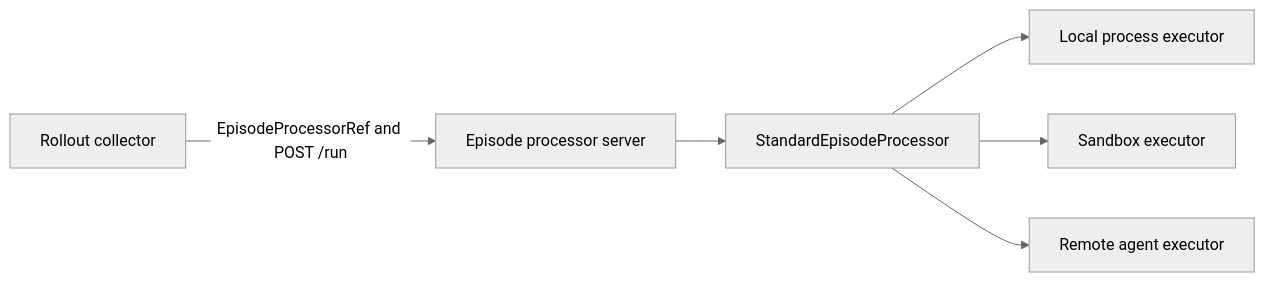
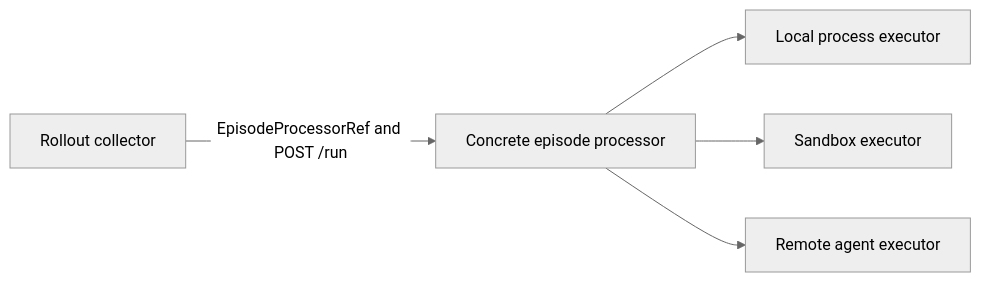
Before and after one commit to ananthsub/Gym: the fifth of 13 diagrams in investigations/episode-orchestration-design.md, drawn with Mermaid (neutral theme). The commit also changed other lines of this file and 3 other files, not shown here.

Commit message:
docs(investigations): rebuild episode architecture proposal

````diff
--- a/investigations/episode-orchestration-design.md
+++ b/investigations/episode-orchestration-design.md
@@ -111,8 +201,7 @@
 ```mermaid
 flowchart LR
-    TargetCollector["Rollout collector"] -->|"EpisodeProcessorRef and POST /run"| TargetProcessor["Episode processor server"]
-    TargetProcessor --> TargetLifecycle["StandardEpisodeProcessor"]
-    TargetLifecycle --> LocalExecutor["Local process executor"]
-    TargetLifecycle --> SandboxExecutor["Sandbox executor"]
-    TargetLifecycle --> RemoteExecutor["Remote agent executor"]
+    TargetCollector["Rollout collector"] -->|"EpisodeProcessorRef and POST /run"| TargetProcessor["Concrete episode processor"]
+    TargetProcessor --> LocalExecutor["Local process executor"]
+    TargetProcessor --> SandboxExecutor["Sandbox executor"]
+    TargetProcessor --> RemoteExecutor["Remote agent executor"]
 ```
````
